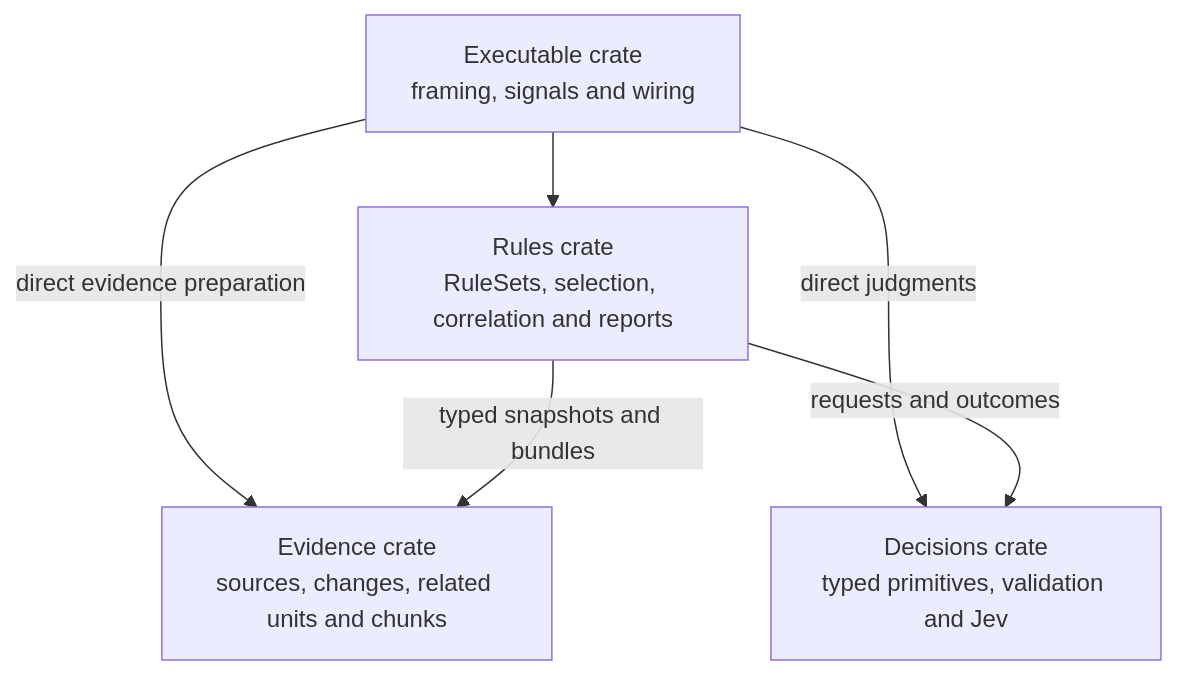
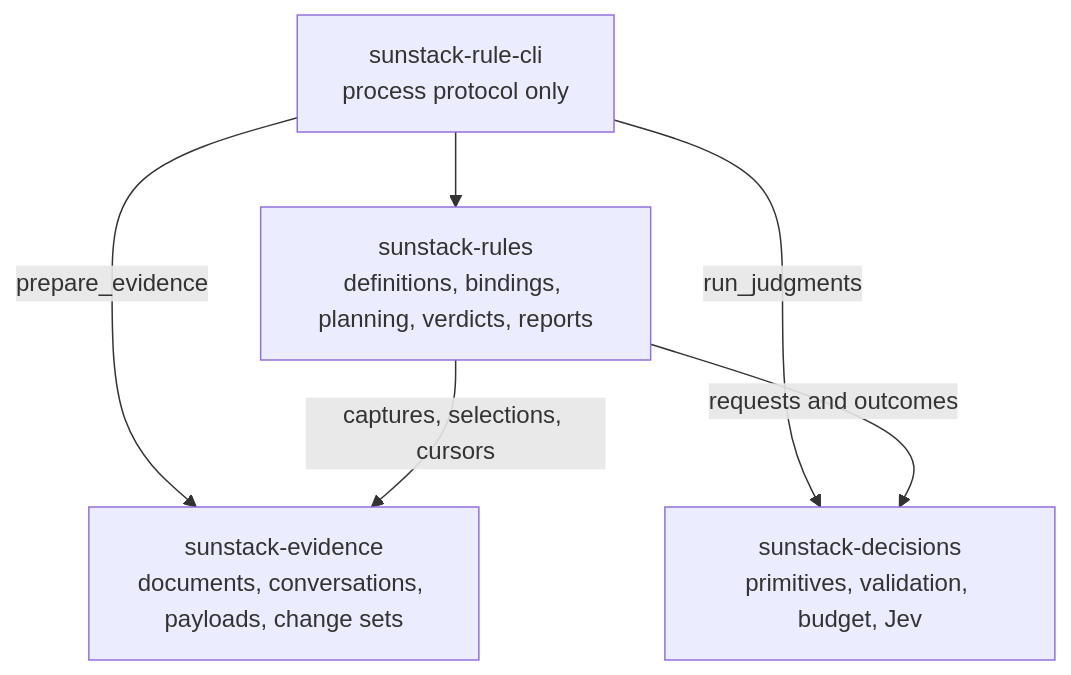
One commit to ShravanSunder/sunstack-tools changed the diagram in docs/specs/2026-10-12-rust-rule-engine/assets/crate-dependencies.mmd. Above: the diagram before and after it, drawn with Mermaid. The commit also changed 36 other files, not shown here.

First line of the commit message:
docs: realize generic rule engine in Program Design, schemas and examples

```diff
--- a/docs/specs/2026-10-12-rust-rule-engine/assets/crate-dependencies.mmd
+++ b/docs/specs/2026-10-12-rust-rule-engine/assets/crate-dependencies.mmd
@@ -1,6 +1,6 @@
 flowchart TB
-  C["Executable crate<br/>framing, signals and wiring"] --> R["Rules crate<br/>RuleSets, selection, correlation and reports"]
-  C -->|"direct judgments"| D["Decisions crate<br/>typed primitives, validation and Jev"]
-  C -->|"direct evidence preparation"| E["Evidence crate<br/>sources, changes, related units and chunks"]
-  R -->|"typed snapshots and bundles"| E
+  C["sunstack-rule-cli<br/>process protocol only"] --> R["sunstack-rules<br/>definitions, bindings, planning, verdicts, reports"]
+  C -->|"run_judgments"| D["sunstack-decisions<br/>primitives, validation, budget, Jev"]
+  C -->|"prepare_evidence"| E["sunstack-evidence<br/>documents, conversations, payloads, change sets"]
+  R -->|"captures, selections, cursors"| E
   R -->|"requests and outcomes"| D
```
